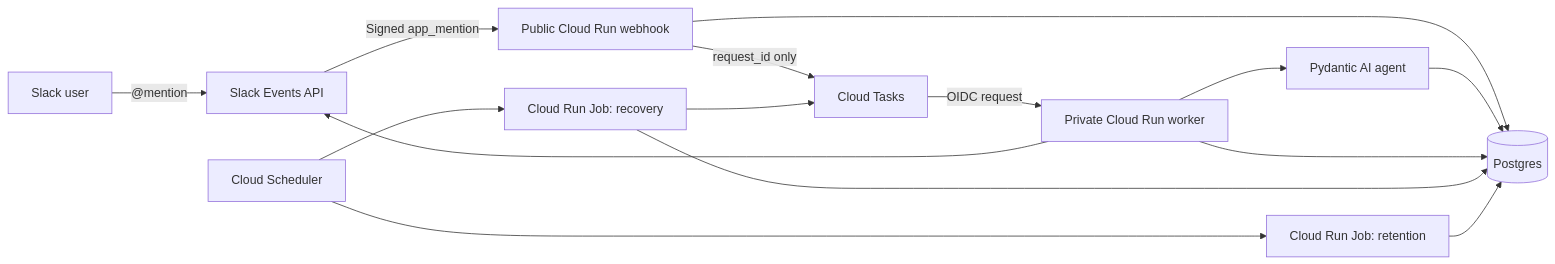
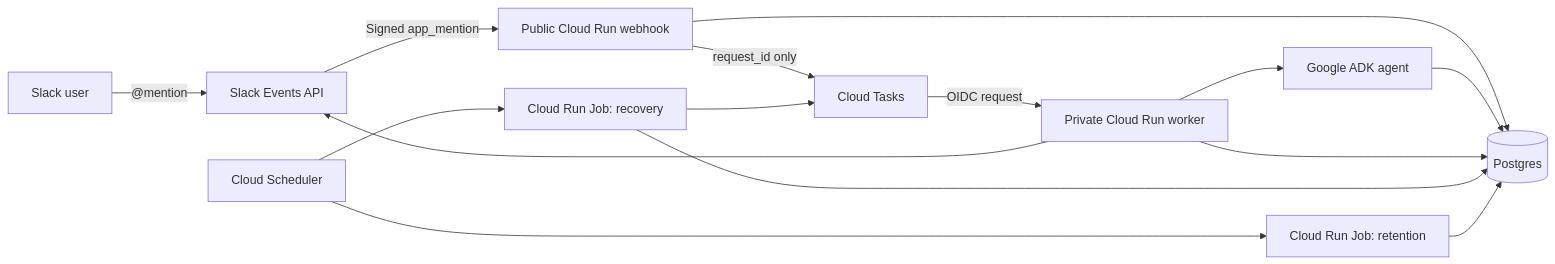
One commit to the-ai-engineer/build-ai-systems changed the diagram in docs/final-agent-spec.md. Above: the diagram before and after it, drawn with Mermaid. The commit also changed other lines of this file and 27 other files, not shown here.

Commit message:
feat: migrate agents to Google ADK

````diff
--- a/docs/final-agent-spec.md
+++ b/docs/final-agent-spec.md
@@ -61,17 +62,17 @@
 ```mermaid
 flowchart LR
     User["Slack user"] -->|"@mention"| Slack["Slack Events API"]
     Slack -->|"Signed app_mention"| Webhook["Public Cloud Run webhook"]
     Webhook --> DB[("Postgres")]
     Webhook -->|"request_id only"| Tasks["Cloud Tasks"]
     Tasks -->|"OIDC request"| Worker["Private Cloud Run worker"]
-    Worker --> Agent["Pydantic AI agent"]
+    Worker --> Agent["Google ADK agent"]
     Agent --> DB
     Worker --> Slack
     Worker --> DB
     Scheduler["Cloud Scheduler"] --> Recovery["Cloud Run Job: recovery"]
     Scheduler --> Retention["Cloud Run Job: retention"]
     Recovery --> DB
     Recovery --> Tasks
     Retention --> DB
 ```
````
